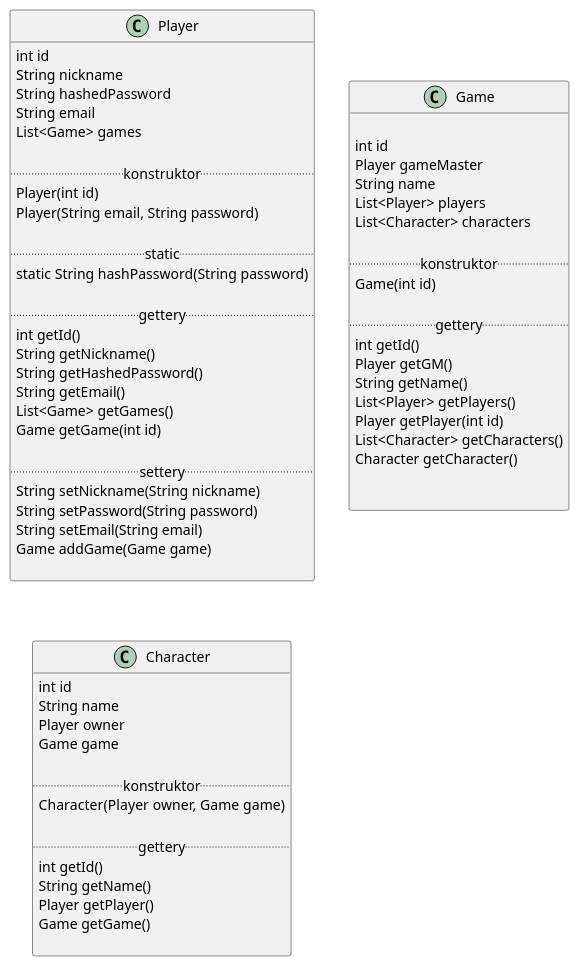
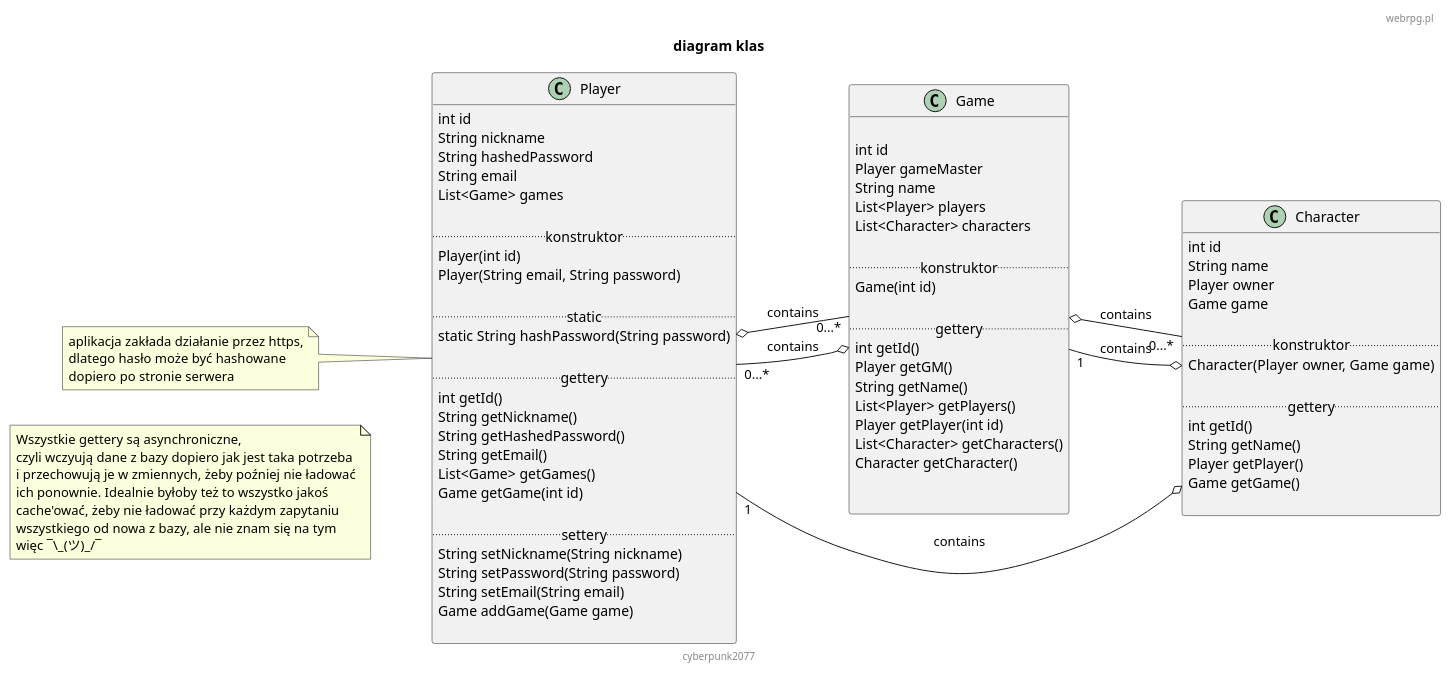
The diagram in diagrams/diagram_klas.plantuml (TheVivent-Politechnika-Lodzka/io_webrpg), drawn with PlantUML before and after one commit. The commit also changed 1 other file, not shown here.

Commit message:
chyba w miarę ogarnięty diagram klas. Ale on w sumie i tak będzie się zmieniał w czasie

```diff
--- a/diagrams/diagram_klas.plantuml
+++ b/diagrams/diagram_klas.plantuml
@@ -1,75 +1,105 @@
 @startuml
+header webrpg.pl
+footer cyberpunk2077
+title "diagram klas"
+left to right direction
+
+
+note as n1
+    Wszystkie gettery są asynchroniczne,
+    czyli wczyują dane z bazy dopiero jak jest taka potrzeba
+    i przechowują je w zmiennych, żeby poźniej nie ładować
+    ich ponownie. Idealnie byłoby też to wszystko jakoś
+    cache'ować, żeby nie ładować przy każdym zapytaniu
+    wszystkiego od nowa z bazy, ale nie znam się na tym
+    więc ¯\_(ツ)_/¯
+end note
+
+
 
 class "Player" {
     int id
     String nickname
     String hashedPassword
     String email
     List<Game> games
 
     .. konstruktor ..
     Player(int id)
     Player(String email, String password)
 
     .. static ..
     static String hashPassword(String password)
 
     .. gettery ..
     int getId()
     String getNickname()
     String getHashedPassword()
     String getEmail()
     List<Game> getGames()
     Game getGame(int id)
 
     .. settery ..
     String setNickname(String nickname)
     String setPassword(String password)
     String setEmail(String email)
     Game addGame(Game game)
 
 }
+note left of Player
+    aplikacja zakłada działanie przez https,
+    dlatego hasło może być hashowane
+    dopiero po stronie serwera
+end note
+
 
 class "Game"{
     
     int id
     Player gameMaster
     String name
     List<Player> players
     List<Character> characters
 
     .. konstruktor ..
     Game(int id)
 
     .. gettery ..
     int getId()
     Player getGM()
     String getName()
     List<Player> getPlayers()
     Player getPlayer(int id)
     List<Character> getCharacters()
     Character getCharacter()
 
 
 }
 
 
 class "Character"{
     int id
     String name
     Player owner
     Game game
 
     .. konstruktor ..
     Character(Player owner, Game game)
 
     .. gettery ..
     int getId()
     String getName()
     Player getPlayer()
     Game getGame()
 
 }
 
+Player o-- "0...*" Game: contains
+
+Game o-- "0...*" Player: contains
+Game o-- "0...*" Character: contains
+
+Character o-- "1" Player: contains
+Character o-- "1" Game: contains
 
 @enduml
```
